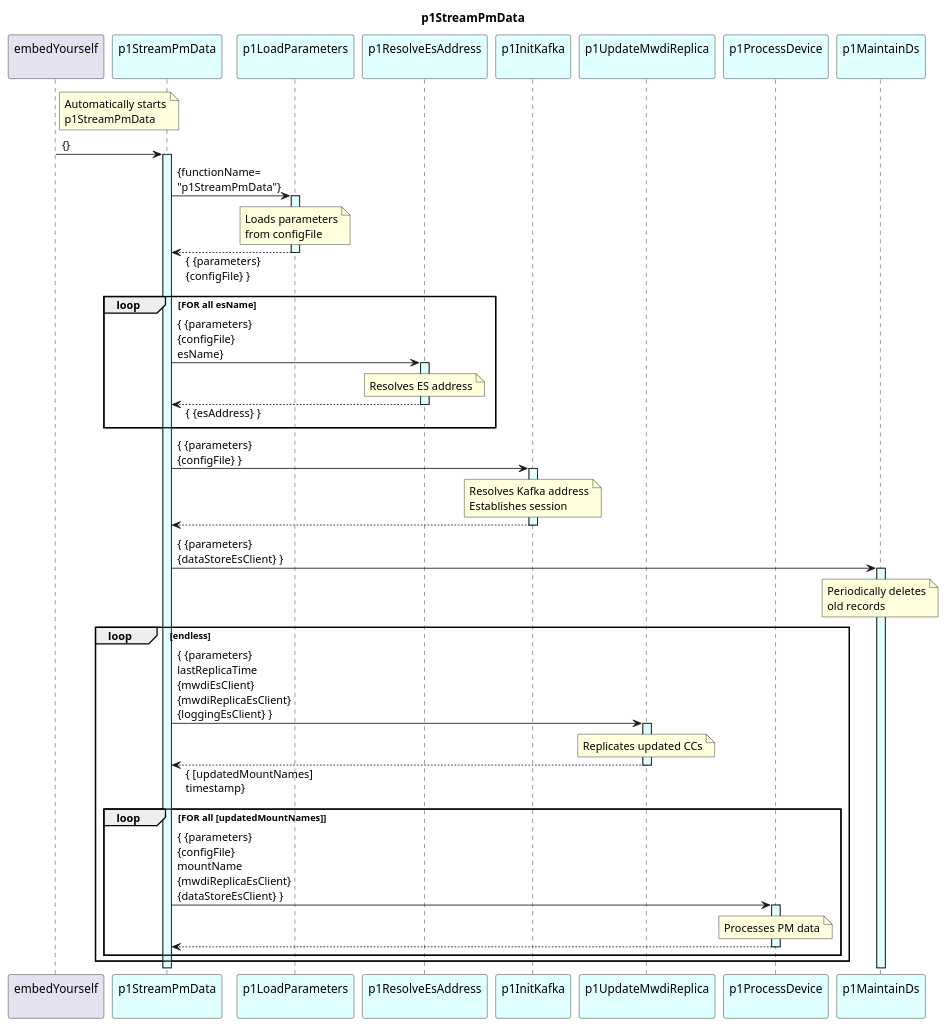
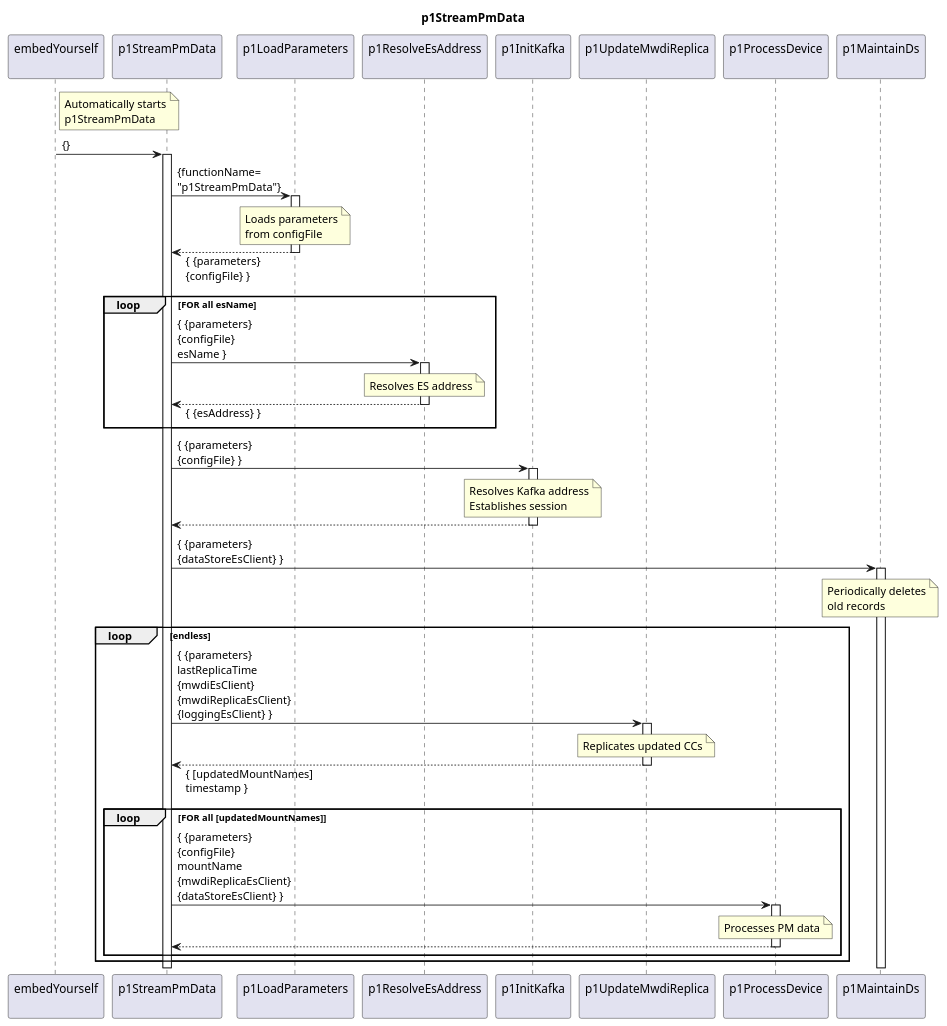
One commit to openBackhaul/DevicePerformanceManagementDataProcessor changed the diagram in spec/Functions/p1StreamPmData/1.0.0/p1StreamPmData.plantuml. Above: the diagram before and after it, drawn with PlantUML. The commit also changed 13 other files, not shown here.

Commit message:
Recollor p1StreamPmData

```diff
--- a/spec/Functions/p1StreamPmData/1.0.0/p1StreamPmData.plantuml
+++ b/spec/Functions/p1StreamPmData/1.0.0/p1StreamPmData.plantuml
@@ -1,83 +1,83 @@
 @startuml p1StreamPmData
 skinparam responseMessageBelowArrow true
 
 title
   p1StreamPmData
 end title
 
 participant "embedYourself\n" as embed
-participant "p1StreamPmData\n" as p1RMWDI #LightCyan
-participant "p1LoadParameters\n" as p1LP #LightCyan
-participant "p1ResolveEsAddress\n" as p1REA #LightCyan
-participant "p1InitKafka\n" as p1InitKafka #LightCyan
-participant "p1UpdateMwdiReplica\n" as p1UMR #LightCyan
-participant "p1ProcessDevice\n" as p1ProcessPm #LightCyan
-participant "p1MaintainDs\n" as p1MDS #LightCyan
+participant "p1StreamPmData\n" as p1RMWDI
+participant "p1LoadParameters\n" as p1LP
+participant "p1ResolveEsAddress\n" as p1REA
+participant "p1InitKafka\n" as p1InitKafka
+participant "p1UpdateMwdiReplica\n" as p1UMR
+participant "p1ProcessDevice\n" as p1ProcessPm
+participant "p1MaintainDs\n" as p1MDS
 
 note right embed
   Automatically starts
   p1StreamPmData
 end note
 embed -> p1RMWDI : {}
-activate p1RMWDI #LightCyan
+activate p1RMWDI
 
   p1RMWDI -> p1LP : {functionName=\n"p1StreamPmData"}
-  activate p1LP #LightCyan
+  activate p1LP
     note over p1LP
       Loads parameters
       from configFile
     end note
   p1RMWDI <-- p1LP : { {parameters}\n{configFile} }
   deactivate p1LP
 
   Loop FOR all esName
-    p1RMWDI -> p1REA : { {parameters}\n{configFile}\nesName}
-    activate p1REA #LightCyan
+    p1RMWDI -> p1REA : { {parameters}\n{configFile}\nesName }
+    activate p1REA
       note over p1REA
         Resolves ES address
       end note
     p1RMWDI <-- p1REA : { {esAddress} }
     deactivate p1REA
   end Loop
 
     p1RMWDI -> p1InitKafka : { {parameters}\n{configFile} }
-    activate p1InitKafka #LightCyan
+    activate p1InitKafka
 
       note over p1InitKafka
         Resolves Kafka address
         Establishes session
       end note
 
     p1RMWDI <-- p1InitKafka
     deactivate p1InitKafka
 
   p1RMWDI -> p1MDS : { {parameters}\n{dataStoreEsClient} }
-  activate p1MDS #LightCyan
+  activate p1MDS
     note over p1MDS
       Periodically deletes
       old records
     end note
 
   loop endless
 
     p1RMWDI -> p1UMR : { {parameters}\nlastReplicaTime\n{mwdiEsClient}\n{mwdiReplicaEsClient}\n{loggingEsClient} }
-    activate p1UMR #LightCyan
+    activate p1UMR
       note over p1UMR
         Replicates updated CCs
       end note
-    p1RMWDI <-- p1UMR : { [updatedMountNames]\ntimestamp}
+    p1RMWDI <-- p1UMR : { [updatedMountNames]\ntimestamp }
     deactivate p1UMR
 
     loop FOR all [updatedMountNames]
       p1RMWDI -> p1ProcessPm : { {parameters}\n{configFile}\nmountName\n{mwdiReplicaEsClient}\n{dataStoreEsClient} }
-      activate p1ProcessPm #LightCyan
+      activate p1ProcessPm
         note over p1ProcessPm
           Processes PM data
         end note
       p1RMWDI <-- p1ProcessPm
       deactivate p1ProcessPm
     end loop
 
   end loop
 
 @enduml
```
